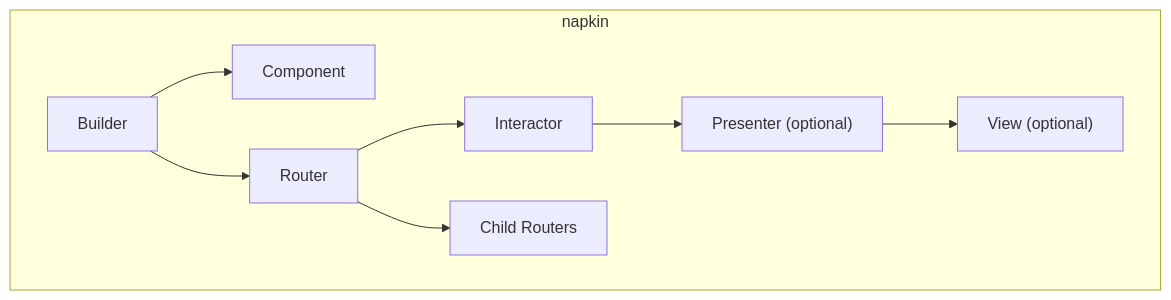
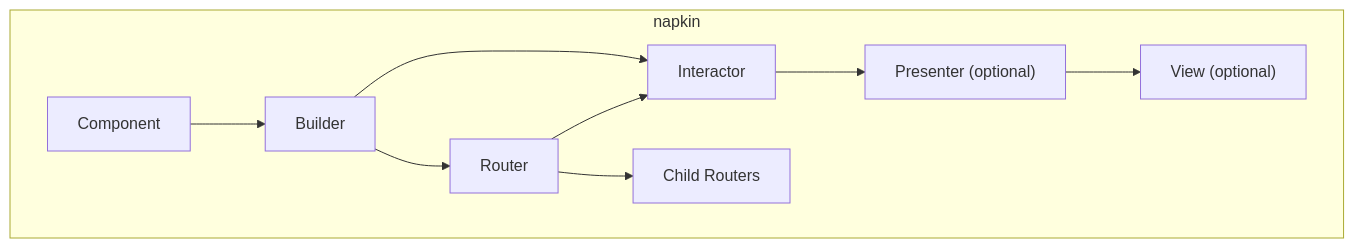
Before and after one commit to WikipediaBrown/napkin: the diagram in README.md, drawn with Mermaid.

Commit message:
updated diagrams in readme

````diff
--- a/README.md
+++ b/README.md
@@ -61,11 +61,12 @@
 ```mermaid
 flowchart TB
     subgraph napkin["napkin"]
-        Builder --> Component
         Builder --> Router
+        Builder --> Interactor
+        Component --> Builder
         Router --> Interactor
         Router --> ChildRouters["Child Routers"]
         Interactor --> Presenter["Presenter (optional)"]
         Presenter --> View["View (optional)"]
     end
 ```
````
